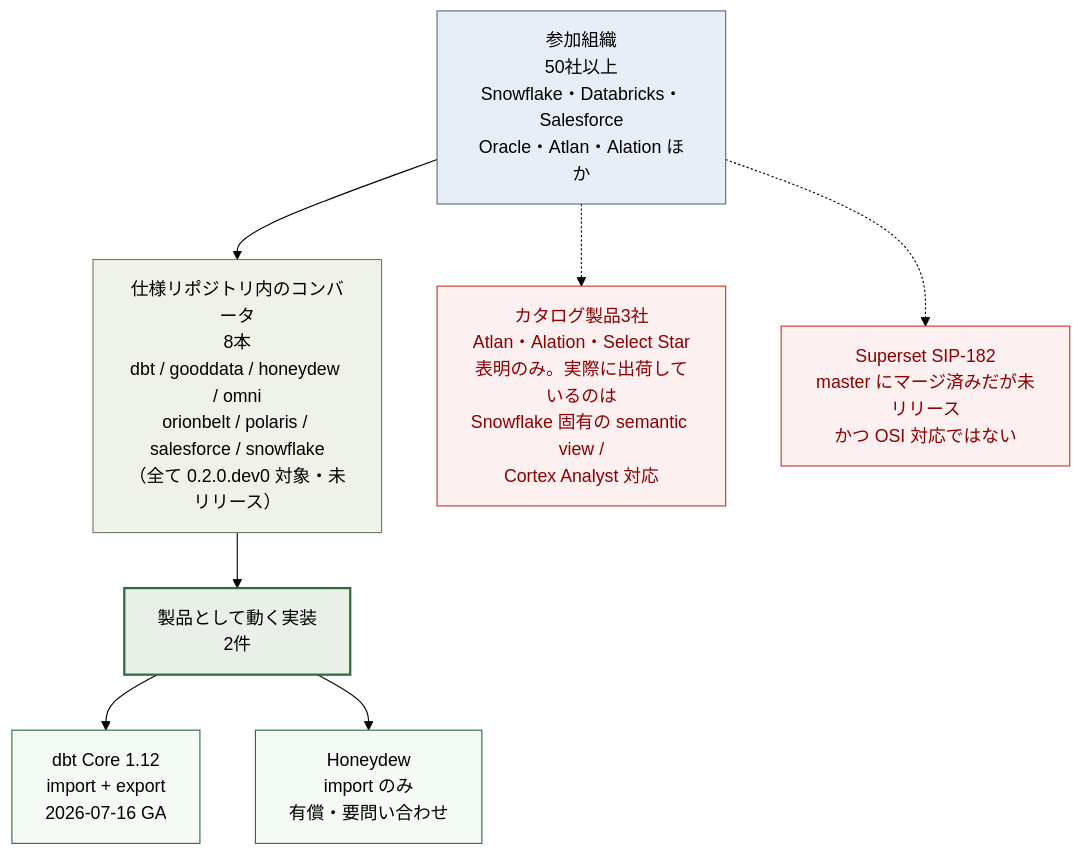
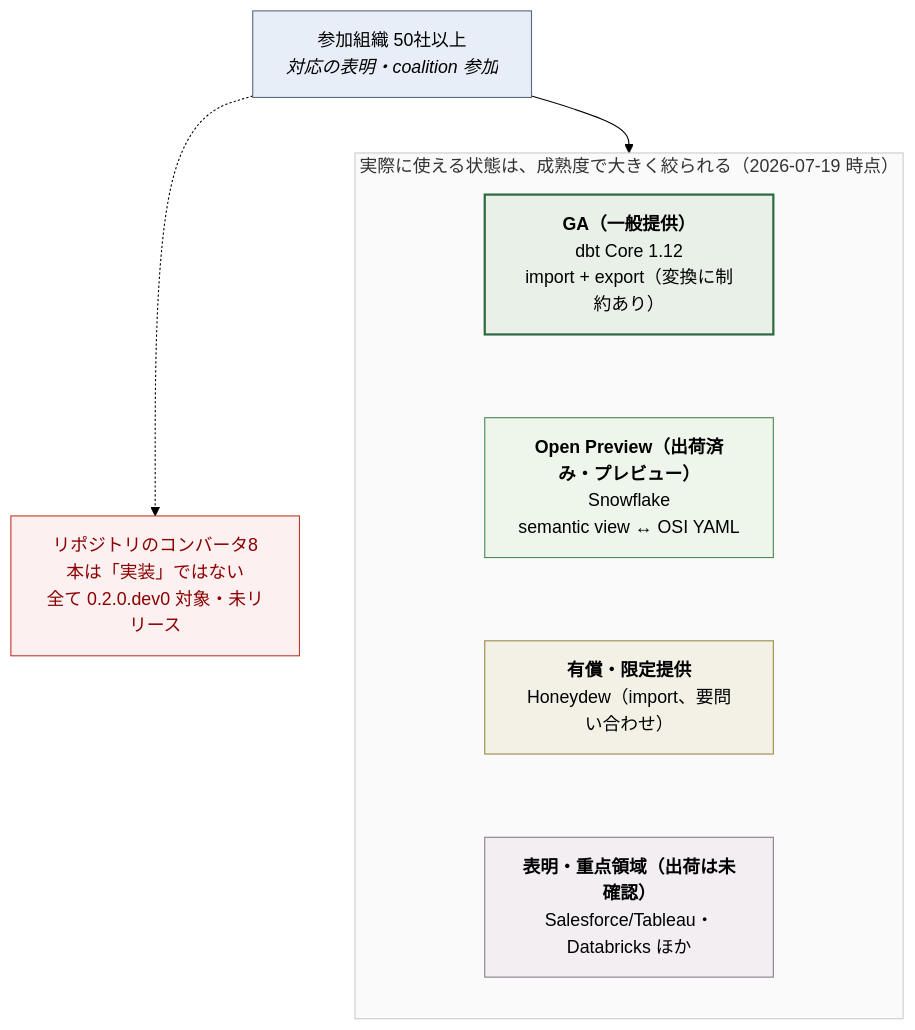
The diagram in report/diagrams/04-adoption-gap.mmd (dobachi/ossie-playground), drawn with Mermaid (forest theme) before and after one commit. The commit also changed 4 other files, not shown here.

```diff
--- a/report/diagrams/04-adoption-gap.mmd
+++ b/report/diagrams/04-adoption-gap.mmd
@@ -1,23 +1,25 @@
 flowchart TB
-    A["参加組織<br/>50社以上<br/>Snowflake・Databricks・Salesforce<br/>Oracle・Atlan・Alation ほか"]:::wide
-    B["仕様リポジトリ内のコンバータ<br/>8本<br/>dbt / gooddata / honeydew / omni<br/>orionbelt / polaris / salesforce / snowflake<br/>（全て 0.2.0.dev0 対象・未リリース）"]:::mid
-    C["製品として動く実装<br/>2件"]:::narrow
+    A["参加組織 50社以上<br/><i>対応の表明・coalition 参加</i>"]:::wide
 
-    C1["dbt Core 1.12<br/>import + export<br/>2026-07-16 GA"]:::impl
-    C2["Honeydew<br/>import のみ<br/>有償・要問い合わせ"]:::impl
+    subgraph STAGES["実際に使える状態は、成熟度で大きく絞られる（2026-07-19 時点）"]
+        direction TB
+        S1["<b>GA（一般提供）</b><br/>dbt Core 1.12<br/>import + export（変換に制約あり）"]:::ga
+        S2["<b>Open Preview（出荷済み・プレビュー）</b><br/>Snowflake<br/>semantic view ↔ OSI YAML"]:::prev
+        S3["<b>有償・限定提供</b><br/>Honeydew（import、要問い合わせ）"]:::ltd
+        S4["<b>表明・重点領域（出荷は未確認）</b><br/>Salesforce/Tableau・Databricks ほか"]:::decl
+        S1 ~~~ S2 ~~~ S3 ~~~ S4
+    end
 
-    A --> B --> C
-    C --> C1
-    C --> C2
+    A --> STAGES
 
-    N1["カタログ製品3社<br/>Atlan・Alation・Select Star<br/>表明のみ。実際に出荷しているのは<br/>Snowflake 固有の semantic view /<br/>Cortex Analyst 対応"]:::note
-    N2["Superset SIP-182<br/>master にマージ済みだが未リリース<br/>かつ OSI 対応ではない"]:::note
-
-    A -.-> N1
-    A -.-> N2
+    N["リポジトリのコンバータ8本は「実装」ではない<br/>全て 0.2.0.dev0 対象・未リリース"]:::note
+    A -.-> N
 
     classDef wide fill:#e8eef7,stroke:#5b6b7f
-    classDef mid fill:#eef2e8,stroke:#6b7f5b
-    classDef narrow fill:#e8f0e8,stroke:#2d6a3f,stroke-width:2px
-    classDef impl fill:#f4faf4,stroke:#2d6a3f
+    classDef ga fill:#e8f0e8,stroke:#2d6a3f,stroke-width:2px
+    classDef prev fill:#eef5ea,stroke:#4a8a5a
+    classDef ltd fill:#f3f1e6,stroke:#9a8b4a
+    classDef decl fill:#f2eef2,stroke:#8a7f8a
     classDef note fill:#fdf0f0,stroke:#c0392b,color:#8b0000
+    classDef box fill:#fafafa,stroke:#ccc
+    class STAGES box
```
